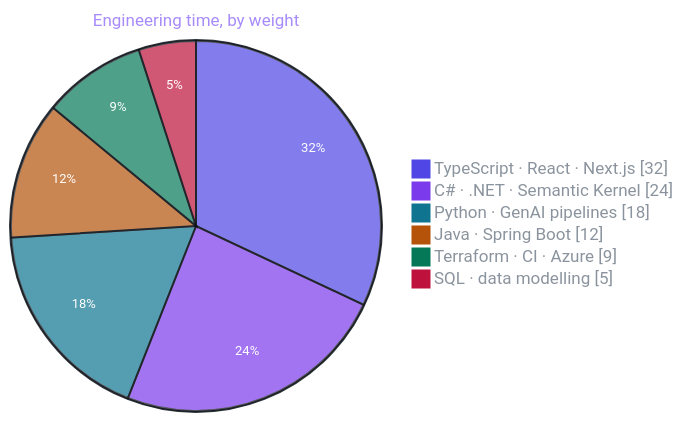
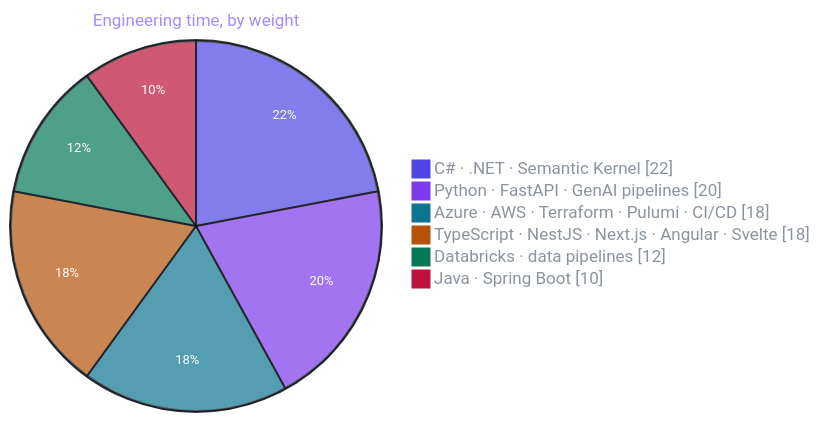
Before and after one commit to saoshyant-mansouri/saoshyant-mansouri: the third of 4 diagrams in README.md, drawn with Mermaid. The commit also changed other lines of this file, not shown here.

Commit message:
Lead with cloud and platform work, add Databricks, Calcio and new stack

````diff
--- a/README.md
+++ b/README.md
@@ -236,11 +242,11 @@
 ```mermaid
 %%{init: {'theme':'base','themeVariables':{'fontFamily':'ui-sans-serif, system-ui','fontSize':'14px','textColor':'#8B949E','pieTitleTextSize':'17px','pieTitleTextColor':'#A78BFA','pieSectionTextColor':'#FFFFFF','pieSectionTextSize':'13px','pieStrokeColor':'#0D1117','pieOuterStrokeColor':'#30363D','pieLegendTextColor':'#8B949E','pie1':'#4F46E5','pie2':'#7C3AED','pie3':'#0E7490','pie4':'#B45309','pie5':'#047857','pie6':'#BE123C'}}}%%
 pie showData
     title Engineering time, by weight
-    "TypeScript · React · Next.js" : 32
-    "C# · .NET · Semantic Kernel" : 24
-    "Python · GenAI pipelines" : 18
-    "Java · Spring Boot" : 12
-    "Terraform · CI · Azure" : 9
-    "SQL · data modelling" : 5
+    "C# · .NET · Semantic Kernel" : 22
+    "Python · FastAPI · GenAI pipelines" : 20
+    "Azure · AWS · Terraform · Pulumi · CI/CD" : 18
+    "TypeScript · NestJS · Next.js · Angular · Svelte" : 18
+    "Databricks · data pipelines" : 12
+    "Java · Spring Boot" : 10
 ```
````
